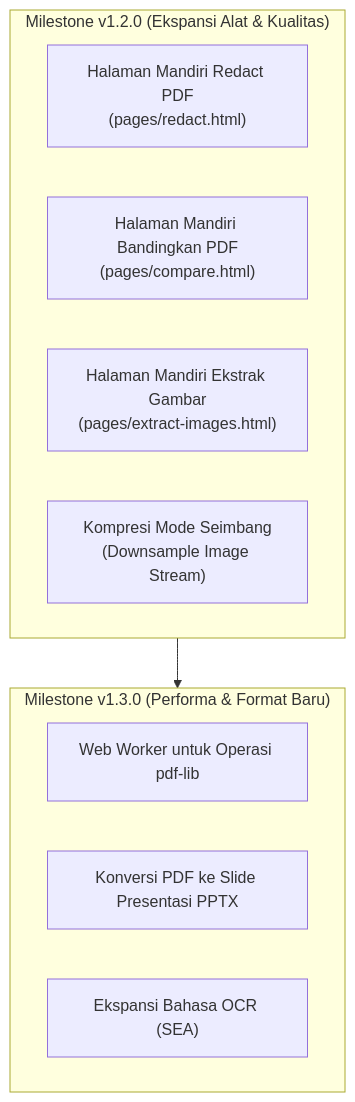
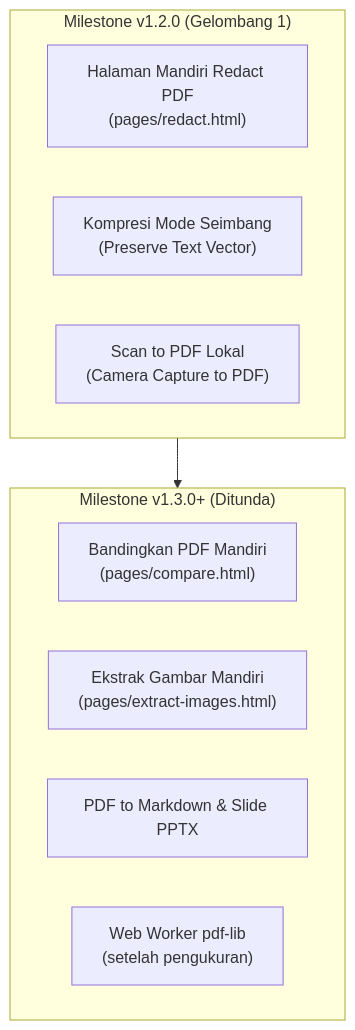
The diagram in docs/ROADMAP.md (danwiraza03/pdf-tools), drawn with Mermaid before and after one commit. The commit also changed other lines of this file, not shown here.

Commit message:
docs(roadmap): dokumentasikan keputusan pemilik untuk studio, rilis v1.2.0, dan fitur ditolak

````diff
--- a/docs/ROADMAP.md
+++ b/docs/ROADMAP.md
@@ -104,15 +132,15 @@
 ```mermaid
 flowchart TD
-    subgraph V12["Milestone v1.2.0 (Ekspansi Alat & Kualitas)"]
+    subgraph V12["Milestone v1.2.0 (Gelombang 1)"]
         M1["Halaman Mandiri Redact PDF<br/>(pages/redact.html)"]
-        M2["Halaman Mandiri Bandingkan PDF<br/>(pages/compare.html)"]
-        M3["Halaman Mandiri Ekstrak Gambar<br/>(pages/extract-images.html)"]
-        M4["Kompresi Mode Seimbang<br/>(Downsample Image Stream)"]
+        M2["Kompresi Mode Seimbang<br/>(Preserve Text Vector)"]
+        M3["Scan to PDF Lokal<br/>(Camera Capture to PDF)"]
     end
-    subgraph V13["Milestone v1.3.0 (Performa & Format Baru)"]
-        M5["Web Worker untuk Operasi pdf-lib"]
-        M6["Konversi PDF ke Slide Presentasi PPTX"]
-        M7["Ekspansi Bahasa OCR (SEA)"]
+    subgraph V13["Milestone v1.3.0+ (Ditunda)"]
+        M4["Bandingkan PDF Mandiri<br/>(pages/compare.html)"]
+        M5["Ekstrak Gambar Mandiri<br/>(pages/extract-images.html)"]
+        M6["PDF to Markdown & Slide PPTX"]
+        M7["Web Worker pdf-lib<br/>(setelah pengukuran)"]
     end
     V12 --> V13
 ```
````
